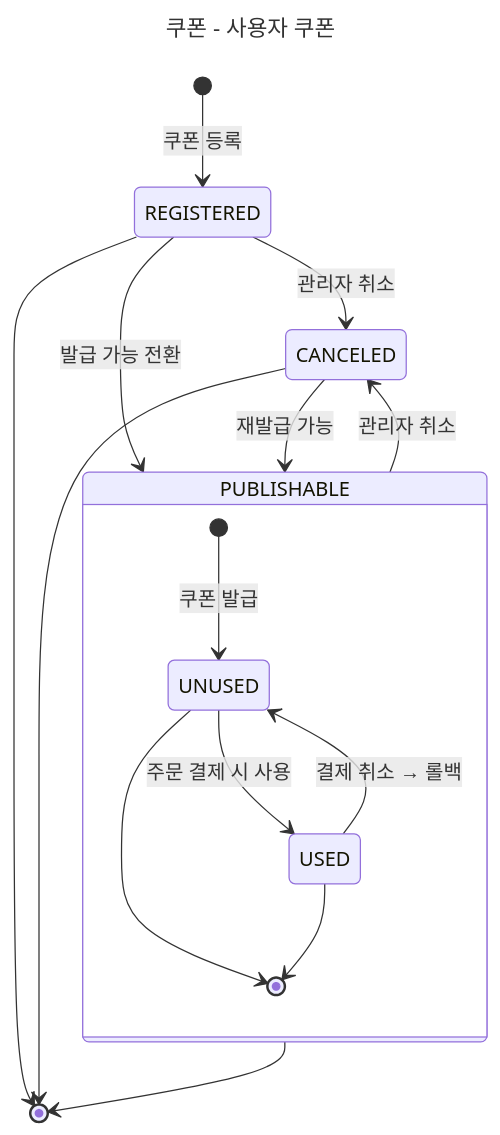
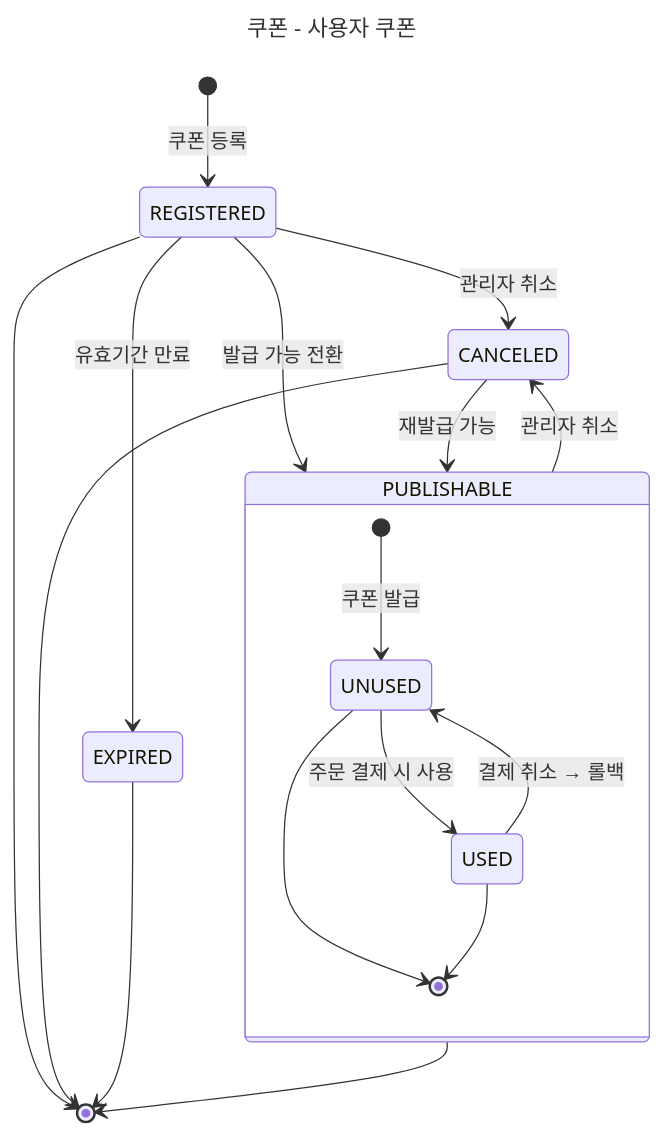
Before and after one commit to gokid96/e-commerce: the third of 4 diagrams in docs/architecture/03-2.StateDiagram.md, drawn with Mermaid. The commit also changed other lines of this file and 2 other files, not shown here.

Commit message:
[DOCS] 설계 문서 수정 (결제수단/상태, 쿠폰 발급 URL/EXPIRED, unit_amount, transaction_type)

````diff
--- a/docs/architecture/03-2.StateDiagram.md
+++ b/docs/architecture/03-2.StateDiagram.md
@@ -64,21 +65,23 @@
 ```mermaid
 ---
 title: 쿠폰 - 사용자 쿠폰
 ---
 stateDiagram-v2
     [*] --> REGISTERED: 쿠폰 등록
     REGISTERED --> PUBLISHABLE: 발급 가능 전환
     REGISTERED --> CANCELED: 관리자 취소
+    REGISTERED --> EXPIRED: 유효기간 만료
     PUBLISHABLE --> CANCELED: 관리자 취소
     CANCELED --> PUBLISHABLE: 재발급 가능
     state PUBLISHABLE {
         [*] --> UNUSED: 쿠폰 발급
         UNUSED --> USED: 주문 결제 시 사용
         USED --> UNUSED: 결제 취소 → 롤백
         UNUSED --> [*]
         USED --> [*]
     }
     REGISTERED --> [*]
     PUBLISHABLE --> [*]
     CANCELED --> [*]
+    EXPIRED --> [*]
 ```
````
